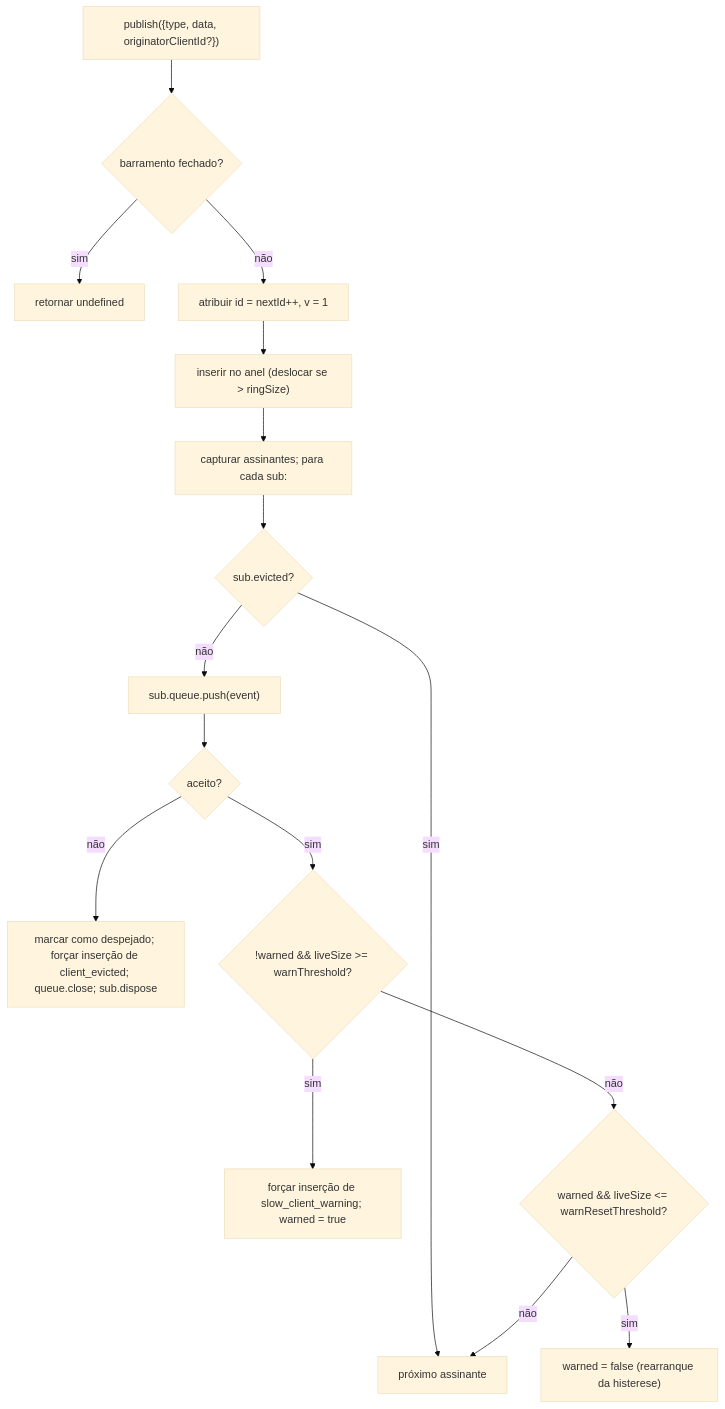
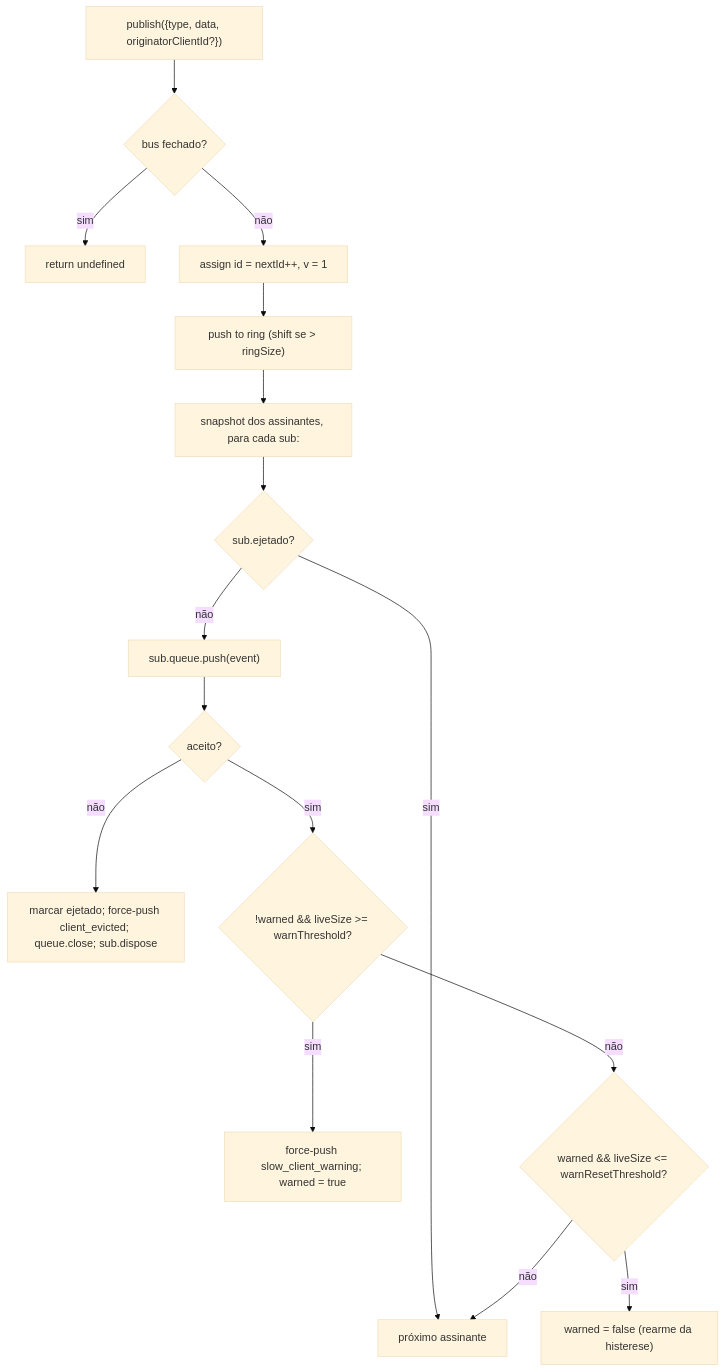
One commit to QwenLM/qwen-code-docs changed the first of 2 diagrams in website/content/pt-BR/developers/daemon/10-event-bus.md. Above: the diagram before and after it, drawn with Mermaid (base theme). The commit also changed other lines of this file and 162 other files, not shown here.

````diff
--- a/website/content/pt-BR/developers/daemon/10-event-bus.md
+++ b/website/content/pt-BR/developers/daemon/10-event-bus.md
@@ -69,18 +70,18 @@
 ```mermaid
 flowchart TD
-    P["publish({type, data, originatorClientId?})"] --> C{"barramento fechado?"}
-    C -->|sim| RU["retornar undefined"]
-    C -->|não| AID["atribuir id = nextId++, v = 1"]
-    AID --> PR["inserir no anel (deslocar se > ringSize)"]
-    PR --> FAN["capturar assinantes; para cada sub:"]
-    FAN --> EVCK{"sub.evicted?"}
+    P["publish({type, data, originatorClientId?})"] --> C{"bus fechado?"}
+    C -->|sim| RU["return undefined"]
+    C -->|não| AID["assign id = nextId++, v = 1"]
+    AID --> PR["push to ring (shift se > ringSize)"]
+    PR --> FAN["snapshot dos assinantes, para cada sub:"]
+    FAN --> EVCK{"sub.ejetado?"}
     EVCK -->|sim| NEXT[próximo assinante]
     EVCK -->|não| PUSH["sub.queue.push(event)"]
     PUSH --> OK{"aceito?"}
-    OK -->|não| EVICT["marcar como despejado; forçar inserção de client_evicted; queue.close; sub.dispose"]
+    OK -->|não| EVICT["marcar ejetado; force-push client_evicted; queue.close; sub.dispose"]
     OK -->|sim| WARN{"!warned && liveSize >= warnThreshold?"}
-    WARN -->|sim| FW["forçar inserção de slow_client_warning; warned = true"]
+    WARN -->|sim| FW["force-push slow_client_warning; warned = true"]
     WARN -->|não| RES{"warned && liveSize <= warnResetThreshold?"}
-    RES -->|sim| RA["warned = false (rearranque da histerese)"]
+    RES -->|sim| RA["warned = false (rearme da histerese)"]
     RES -->|não| NEXT
 ```
````
